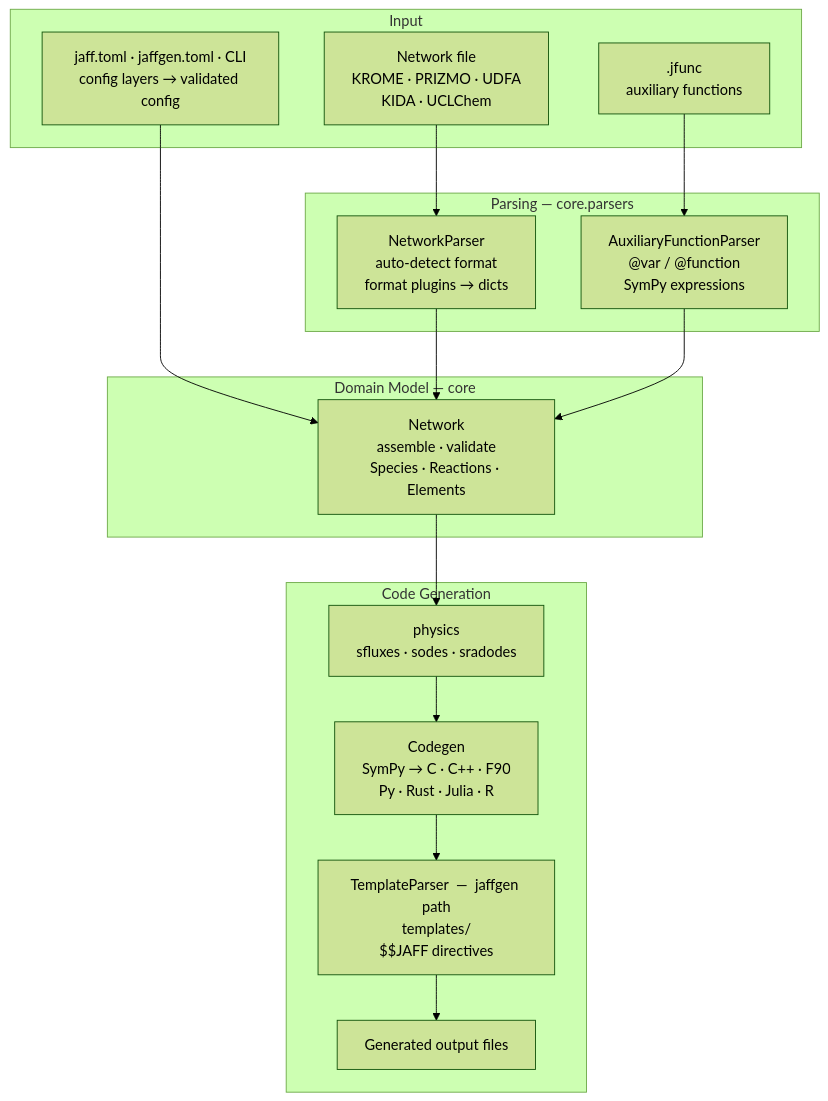
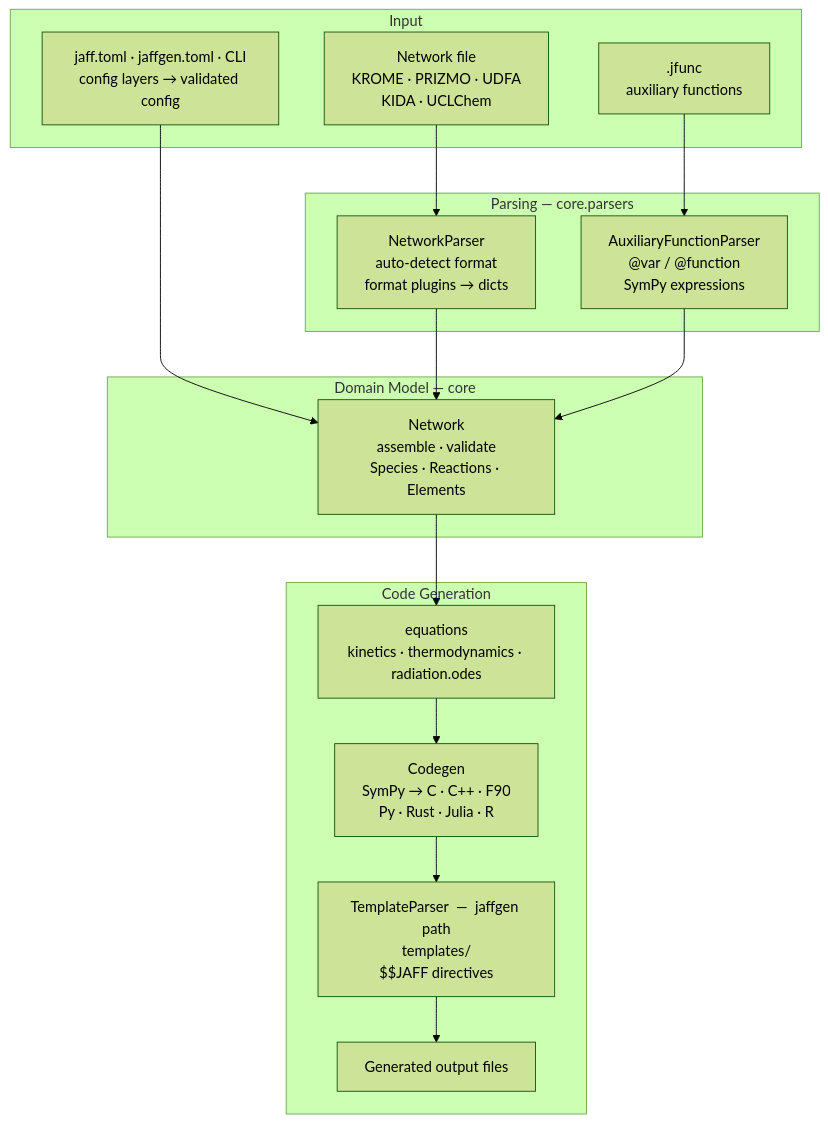
Before and after one commit to jaff-chemistry/jaff: the diagram in docs/development/codebase-structure.md, drawn with Mermaid (forest theme). The commit also changed other lines of this file and 29 other files, not shown here.

````diff
--- a/docs/development/codebase-structure.md
+++ b/docs/development/codebase-structure.md
@@ -218,36 +219,36 @@
 ```mermaid
 %%{init: {"flowchart": {"useMaxWidth": false}}}%%
 flowchart TD
     subgraph input_sg ["Input"]
         NF["Network file\nKROME · PRIZMO · UDFA\nKIDA · UCLChem"]
         JF[".jfunc\nauxiliary functions"]
         CFG["jaff.toml · jaffgen.toml · CLI\nconfig layers → validated config"]
     end
 
     subgraph parse_sg ["Parsing  —  core.parsers"]
         NE["NetworkParser\nauto-detect format\nformat plugins → dicts"]
         AE["AuxiliaryFunctionParser\n@var / @function\nSymPy expressions"]
     end
 
     subgraph model_sg ["Domain Model  —  core"]
         NET["Network\nassemble · validate\nSpecies · Reactions · Elements"]
     end
 
     subgraph codegen_sg ["Code Generation"]
-        EQ["physics\nsfluxes · sodes · sradodes"]
+        EQ["equations\nkinetics · thermodynamics · radiation.odes"]
         CG["Codegen\nSymPy → C · C++ · F90\nPy · Rust · Julia · R"]
         TP["TemplateParser  —  jaffgen path\ntemplates/\n$$JAFF directives"]
         OUT_G["Generated output files"]
     end
 
     NF --> NE
     JF --> AE
     CFG --> NET
 
     NE --> NET
     AE --> NET
 
     NET --> EQ --> CG
 
     CG --> TP --> OUT_G
 ```
````
